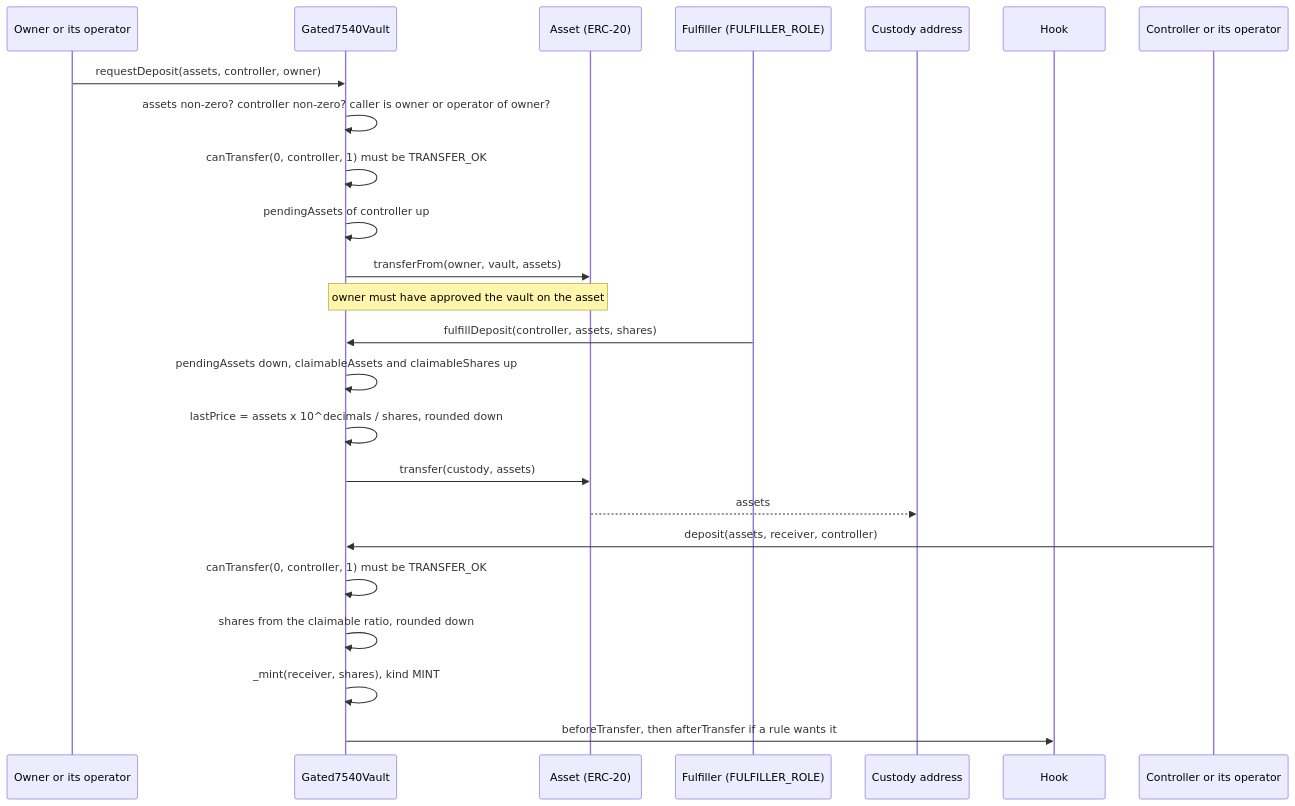
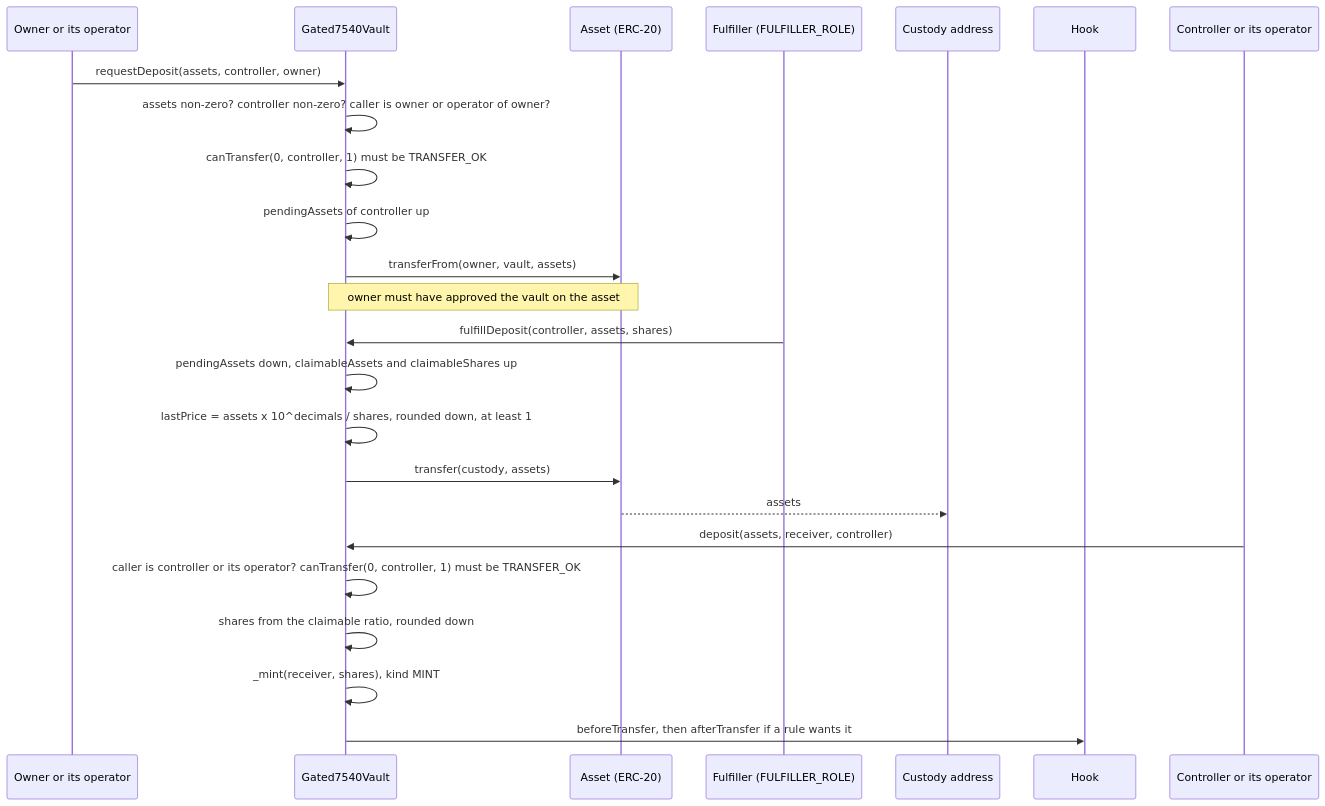
One commit to fepvenancio/rwa-token changed the third of 6 diagrams in docs/flows-vaults.md. Above: the diagram before and after it, drawn with Mermaid. The commit also changed other lines of this file and 7 other files, not shown here.

````diff
--- a/docs/flows-vaults.md
+++ b/docs/flows-vaults.md
@@ -94,29 +94,29 @@
 ```mermaid
 sequenceDiagram
   participant O as Owner or its operator
   participant V as Gated7540Vault
   participant A as Asset (ERC-20)
   participant F as Fulfiller (FULFILLER_ROLE)
   participant C as Custody address
   participant H as Hook
   participant K as Controller or its operator
 
   O->>V: requestDeposit(assets, controller, owner)
   V->>V: assets non-zero? controller non-zero? caller is owner or operator of owner?
   V->>V: canTransfer(0, controller, 1) must be TRANSFER_OK
   V->>V: pendingAssets of controller up
   V->>A: transferFrom(owner, vault, assets)
   Note over V,A: owner must have approved the vault on the asset
 
   F->>V: fulfillDeposit(controller, assets, shares)
   V->>V: pendingAssets down, claimableAssets and claimableShares up
-  V->>V: lastPrice = assets x 10^decimals / shares, rounded down
+  V->>V: lastPrice = assets x 10^decimals / shares, rounded down, at least 1
   V->>A: transfer(custody, assets)
   A-->>C: assets
 
   K->>V: deposit(assets, receiver, controller)
-  V->>V: canTransfer(0, controller, 1) must be TRANSFER_OK
+  V->>V: caller is controller or its operator? canTransfer(0, controller, 1) must be TRANSFER_OK
   V->>V: shares from the claimable ratio, rounded down
   V->>V: _mint(receiver, shares), kind MINT
   V->>H: beforeTransfer, then afterTransfer if a rule wants it
 ```
````
